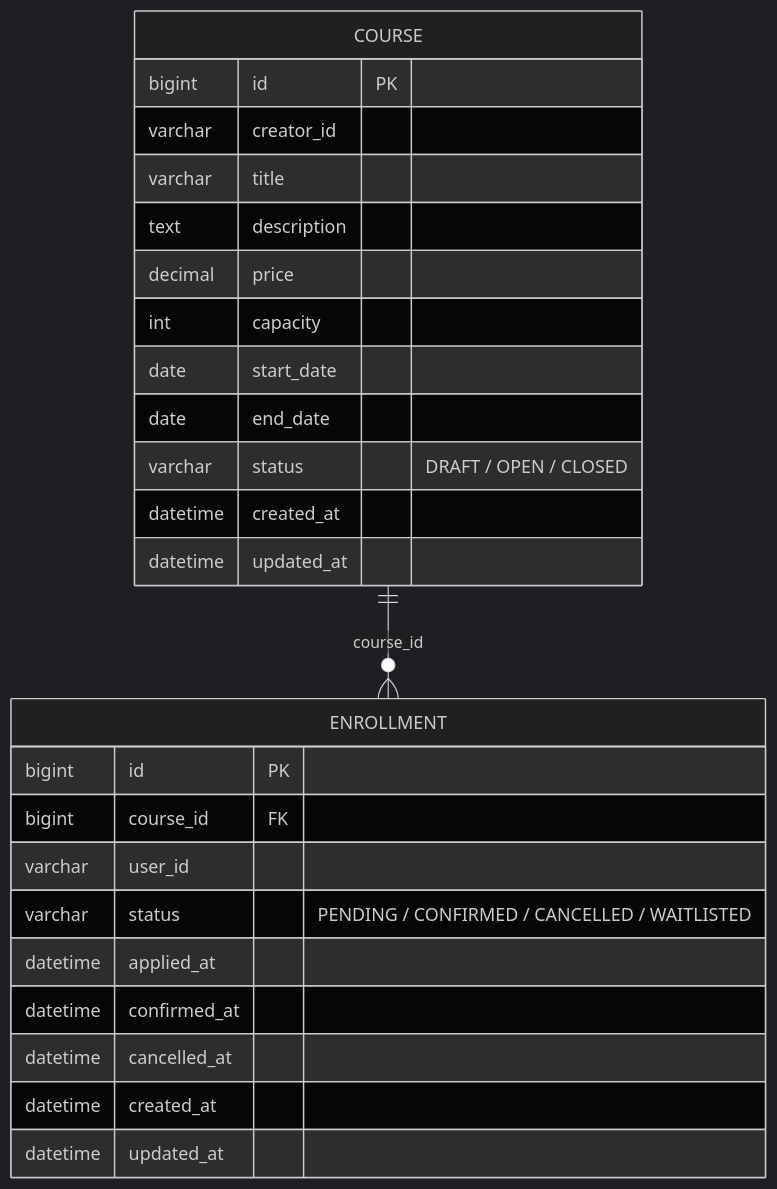
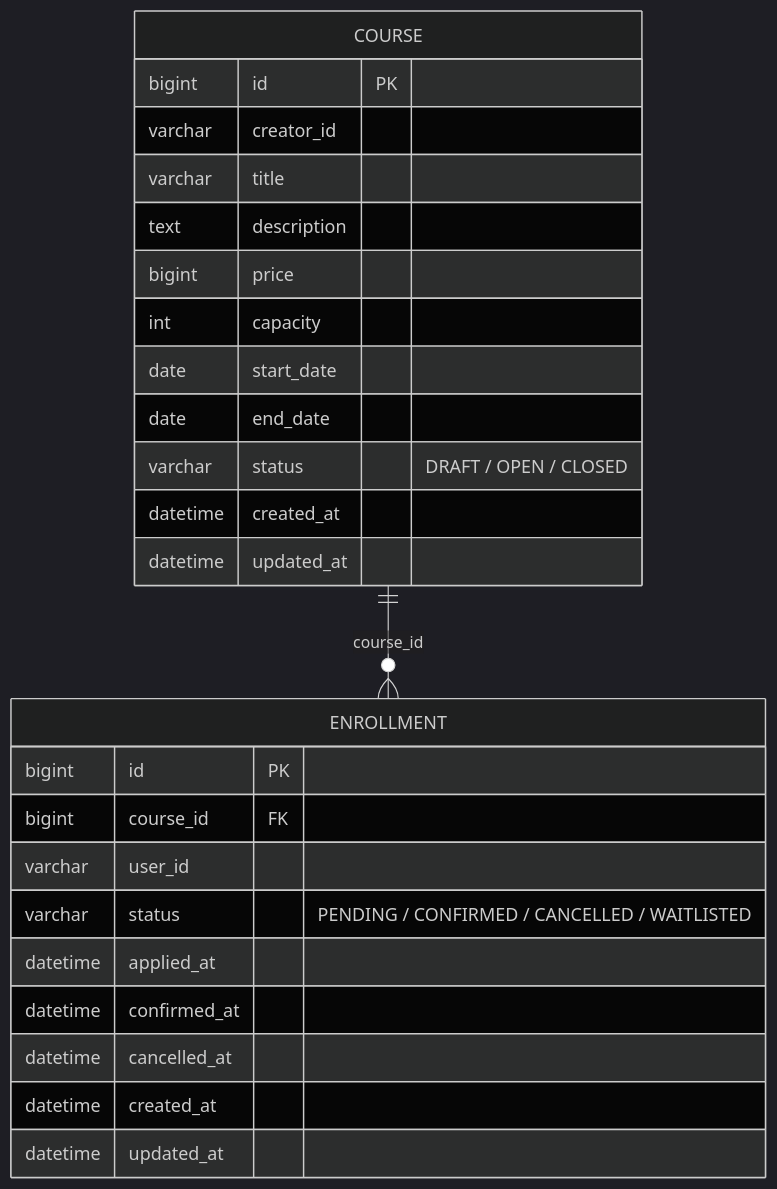
Before and after one commit to wonyong1008/liveklass-enrollment-assignment: the diagram in README.md, drawn with Mermaid (dark theme). The commit also changed other lines of this file, not shown here.

Commit message:
readme에 리뷰 및 price 정수화 반영

````diff
--- a/README.md
+++ b/README.md
@@ -182,28 +182,28 @@
 ```mermaid
 erDiagram
     COURSE {
         bigint id PK
         varchar creator_id
         varchar title
         text description
-        decimal price
+        bigint price
         int capacity
         date start_date
         date end_date
         varchar status "DRAFT / OPEN / CLOSED"
         datetime created_at
         datetime updated_at
     }
     ENROLLMENT {
         bigint id PK
         bigint course_id FK
         varchar user_id
         varchar status "PENDING / CONFIRMED / CANCELLED / WAITLISTED"
         datetime applied_at
         datetime confirmed_at
         datetime cancelled_at
         datetime created_at
         datetime updated_at
     }
     COURSE ||--o{ ENROLLMENT : "course_id"
 ```
````
